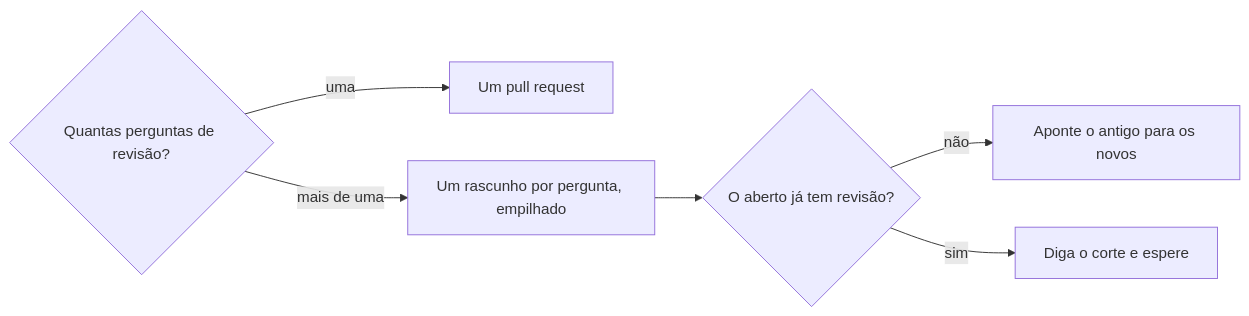
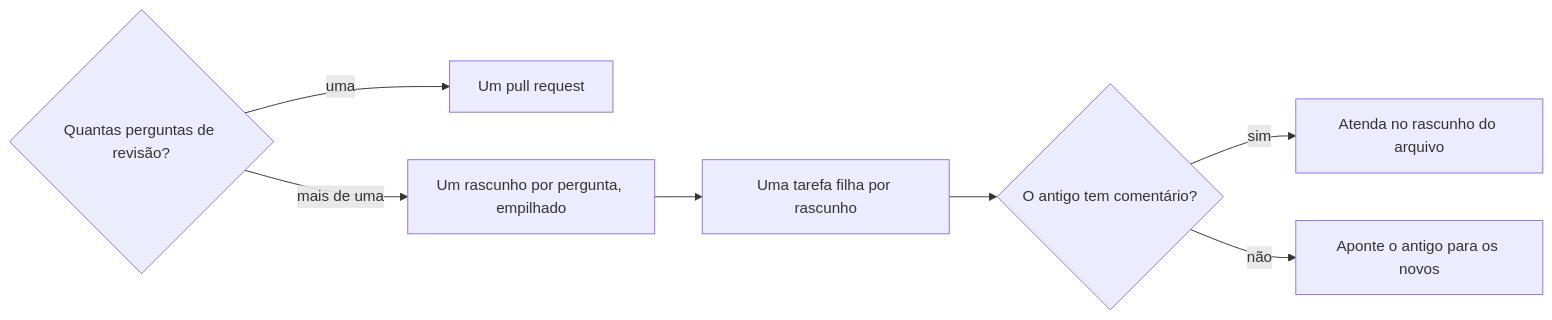
One commit to jimmyandrade/harness changed the diagram in .agents/skills/fatiar-pull-request/SKILL.md. Above: the diagram before and after it, drawn with Mermaid. The commit also changed other lines of this file and 1 other file, not shown here.

````diff
--- a/.agents/skills/fatiar-pull-request/SKILL.md
+++ b/.agents/skills/fatiar-pull-request/SKILL.md
@@ -33,8 +34,9 @@
 ```mermaid
 flowchart LR
   Q{Quantas perguntas de revisão?} -->|uma| U[Um pull request]
   Q -->|mais de uma| E[Um rascunho por pergunta, empilhado]
-  E --> R{O aberto já tem revisão?}
+  E --> F[Uma tarefa filha por rascunho]
+  F --> R{O antigo tem comentário?}
+  R -->|sim| A[Atenda no rascunho do arquivo]
   R -->|não| P[Aponte o antigo para os novos]
-  R -->|sim| W[Diga o corte e espere]
 ```
````
